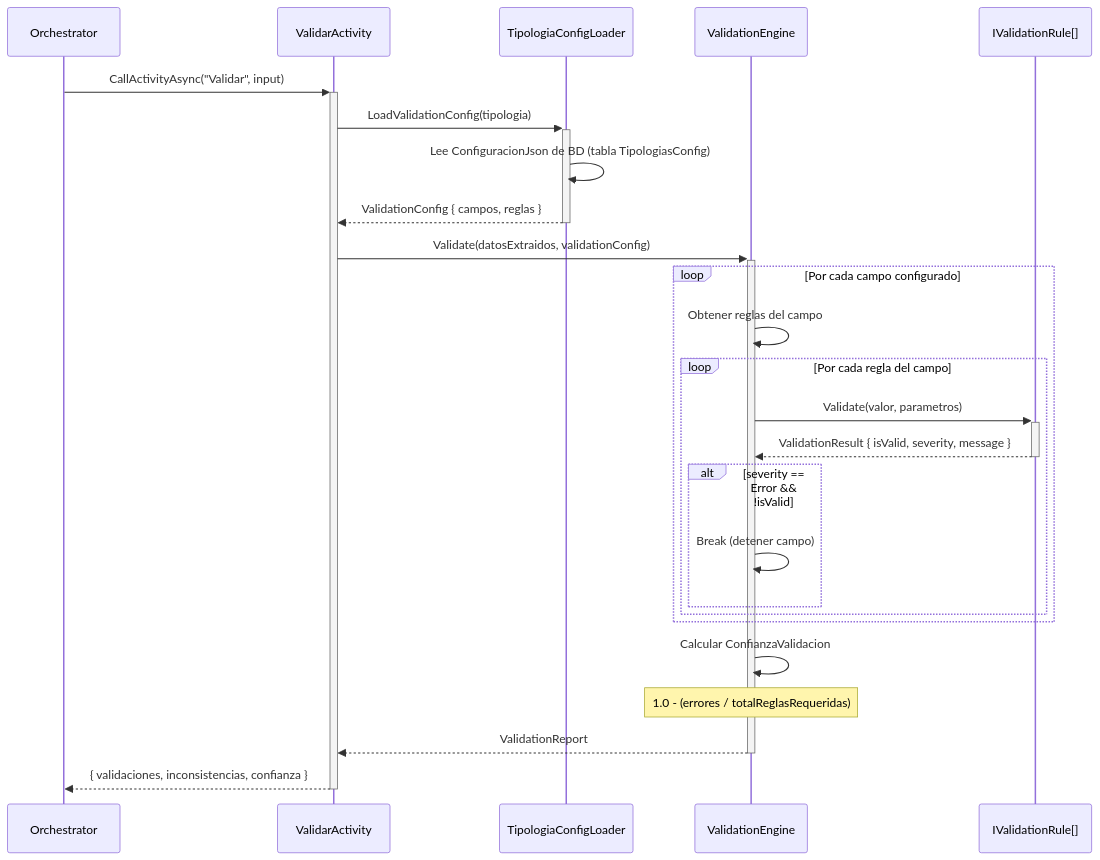
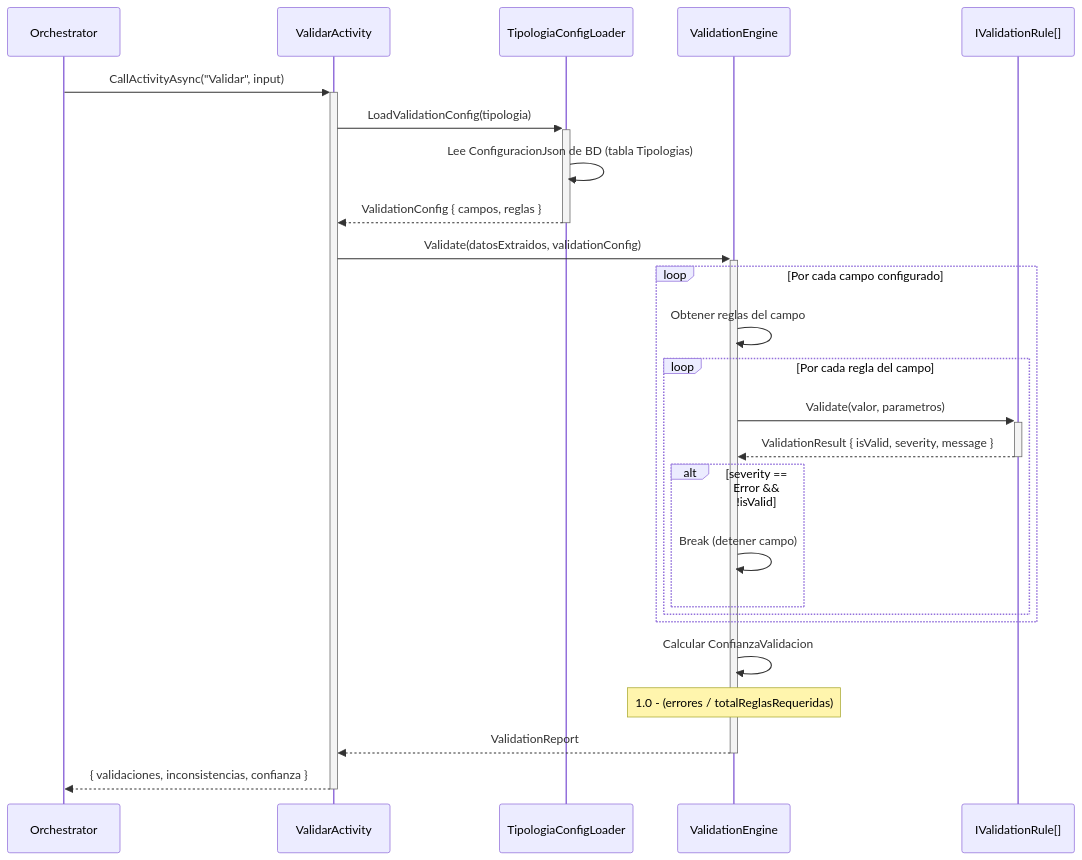
Before and after one commit to nvcrisologo02/AI-DocClassExt: the fourth of 12 diagrams in docs/03_DISENO_TECNICO_DETALLADO.md, drawn with Mermaid. The commit also changed other lines of this file and 20 other files, not shown here.

````diff
--- a/docs/03_DISENO_TECNICO_DETALLADO.md
+++ b/docs/03_DISENO_TECNICO_DETALLADO.md
@@ -467,32 +467,32 @@
 ```mermaid
 sequenceDiagram
     participant O as Orchestrator
     participant VA as ValidarActivity
     participant TCL as TipologiaConfigLoader
     participant VE as ValidationEngine
     participant VR as IValidationRule[]
 
     O->>+VA: CallActivityAsync("Validar", input)
     VA->>+TCL: LoadValidationConfig(tipologia)
-    TCL->>TCL: Lee ConfiguracionJson de BD (tabla TipologiasConfig)
+    TCL->>TCL: Lee ConfiguracionJson de BD (tabla Tipologias)
     TCL-->>-VA: ValidationConfig { campos, reglas }
 
     VA->>+VE: Validate(datosExtraidos, validationConfig)
 
     loop Por cada campo configurado
         VE->>VE: Obtener reglas del campo
         loop Por cada regla del campo
             VE->>+VR: Validate(valor, parametros)
             VR-->>-VE: ValidationResult { isValid, severity, message }
             alt severity == Error && !isValid
                 VE->>VE: Break (detener campo)
             end
         end
     end
 
     VE->>VE: Calcular ConfianzaValidacion
     Note over VE: 1.0 - (errores / totalReglasRequeridas)
 
     VE-->>-VA: ValidationReport
     VA-->>-O: { validaciones, inconsistencias, confianza }
 ```
````
